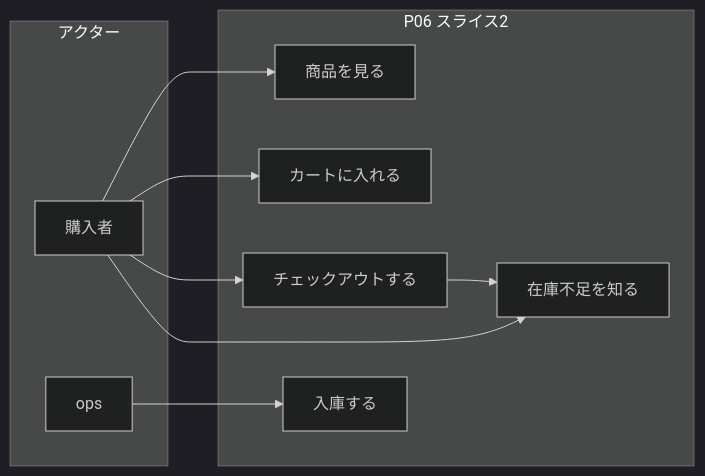
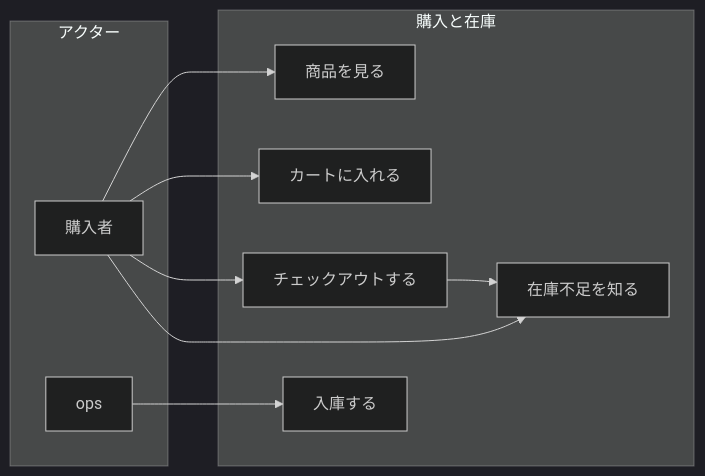
The first of 7 diagrams in portfolio-plan/commerce-platform/docs/06-diagrams.md (maeplego/portfolio-plan), drawn with Mermaid (dark theme) before and after one commit. The commit also changed other lines of this file and 111 other files, not shown here.

````diff
--- a/portfolio-plan/commerce-platform/docs/06-diagrams.md
+++ b/portfolio-plan/commerce-platform/docs/06-diagrams.md
@@ -13,20 +13,20 @@
 ```mermaid
 flowchart LR
   subgraph actors [アクター]
     Buyer[購入者]
     Ops[ops]
   end
-  subgraph uc [P06 スライス2]
+  subgraph uc [購入と在庫]
     UC1[商品を見る]
     UC2[カートに入れる]
     UC3[チェックアウトする]
     UC4[在庫不足を知る]
     UC5[入庫する]
   end
   Buyer --> UC1
   Buyer --> UC2
   Buyer --> UC3
   Buyer --> UC4
   Ops --> UC5
   UC3 --> UC4
 ```
````
